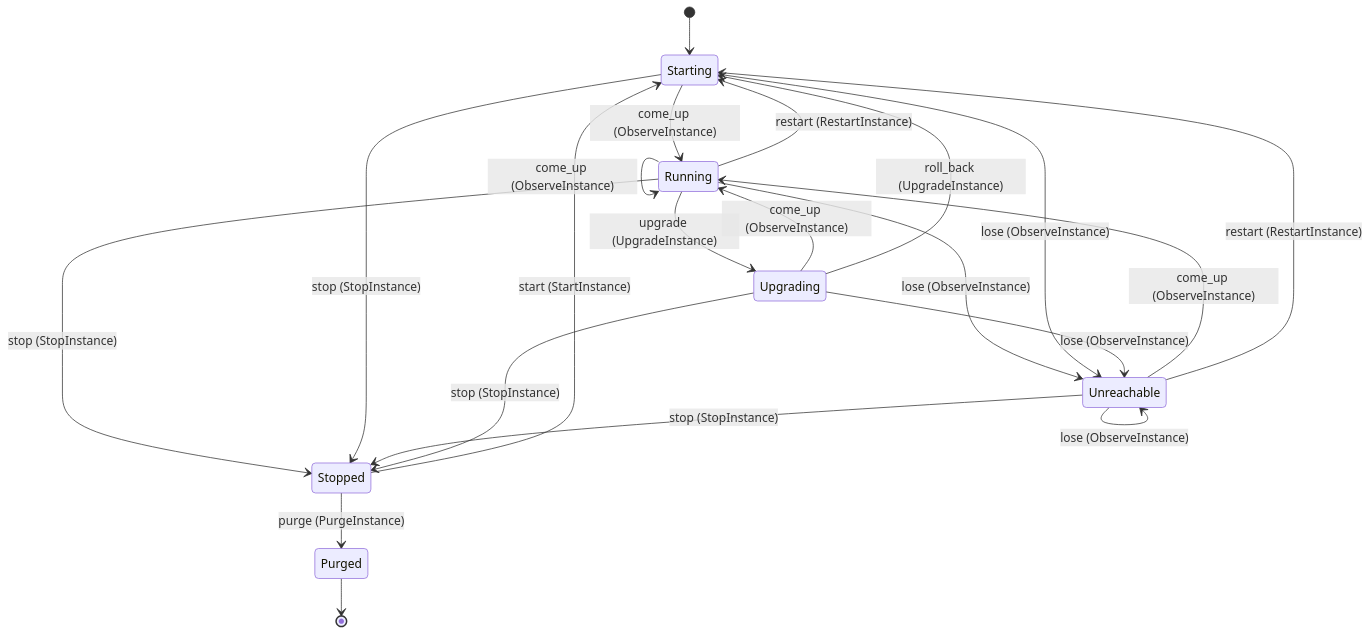
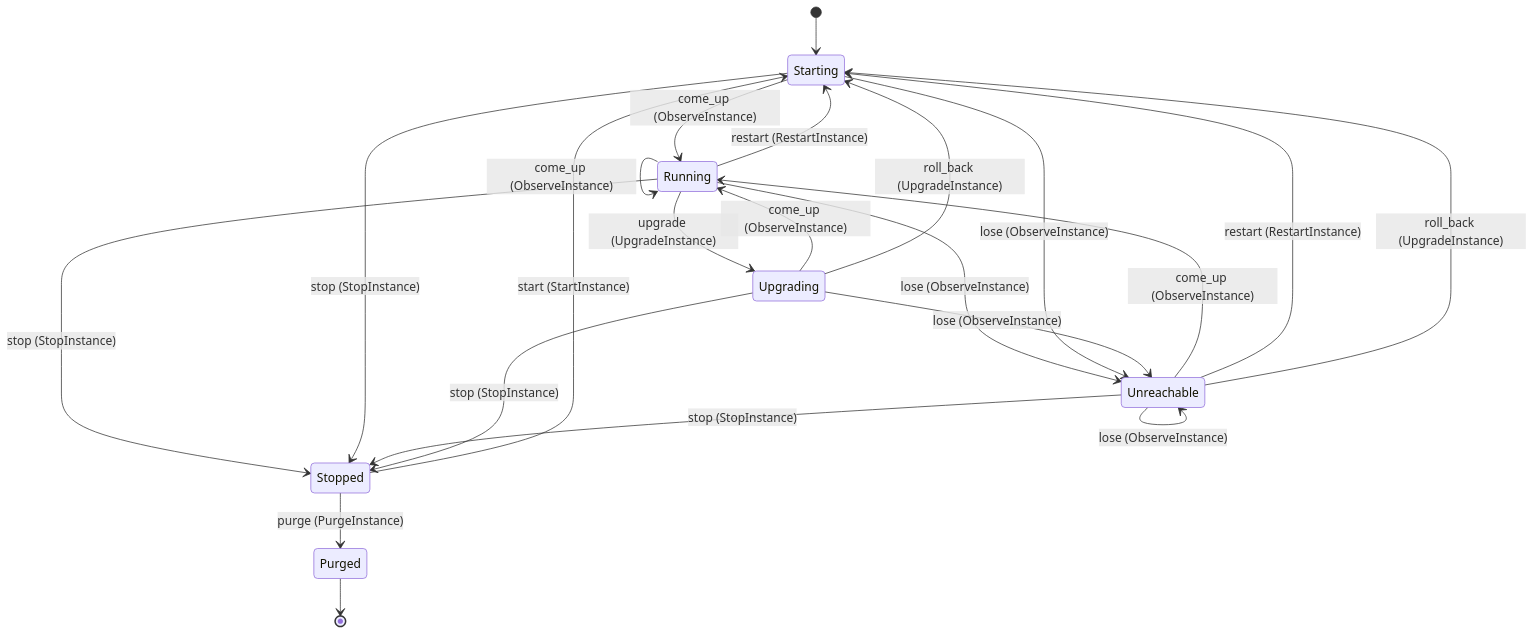
Before and after one commit to beyond10x/conductor: the third of 13 diagrams in crates/conductor-model/src/server/conductord.docs.md, drawn with Mermaid. The commit also changed other lines of this file and 147 other files, not shown here.

First line of the commit message:
v1 wave 3: the instance API, the config levels, upgrade with rollback

````diff
--- a/crates/conductor-model/src/server/conductord.docs.md
+++ b/crates/conductor-model/src/server/conductord.docs.md
@@ -956,23 +979,24 @@
 ```mermaid
 stateDiagram-v2
     [*] --> Starting
     Stopped --> Starting: start (StartInstance)
     Running --> Running: come_up (ObserveInstance)
     Starting --> Running: come_up (ObserveInstance)
     Unreachable --> Running: come_up (ObserveInstance)
     Upgrading --> Running: come_up (ObserveInstance)
     Running --> Unreachable: lose (ObserveInstance)
     Starting --> Unreachable: lose (ObserveInstance)
     Unreachable --> Unreachable: lose (ObserveInstance)
     Upgrading --> Unreachable: lose (ObserveInstance)
     Running --> Stopped: stop (StopInstance)
     Starting --> Stopped: stop (StopInstance)
     Unreachable --> Stopped: stop (StopInstance)
     Upgrading --> Stopped: stop (StopInstance)
     Running --> Starting: restart (RestartInstance)
     Unreachable --> Starting: restart (RestartInstance)
     Running --> Upgrading: upgrade (UpgradeInstance)
+    Unreachable --> Starting: roll_back (UpgradeInstance)
     Upgrading --> Starting: roll_back (UpgradeInstance)
     Stopped --> Purged: purge (PurgeInstance)
     Purged --> [*]
 ```
````
